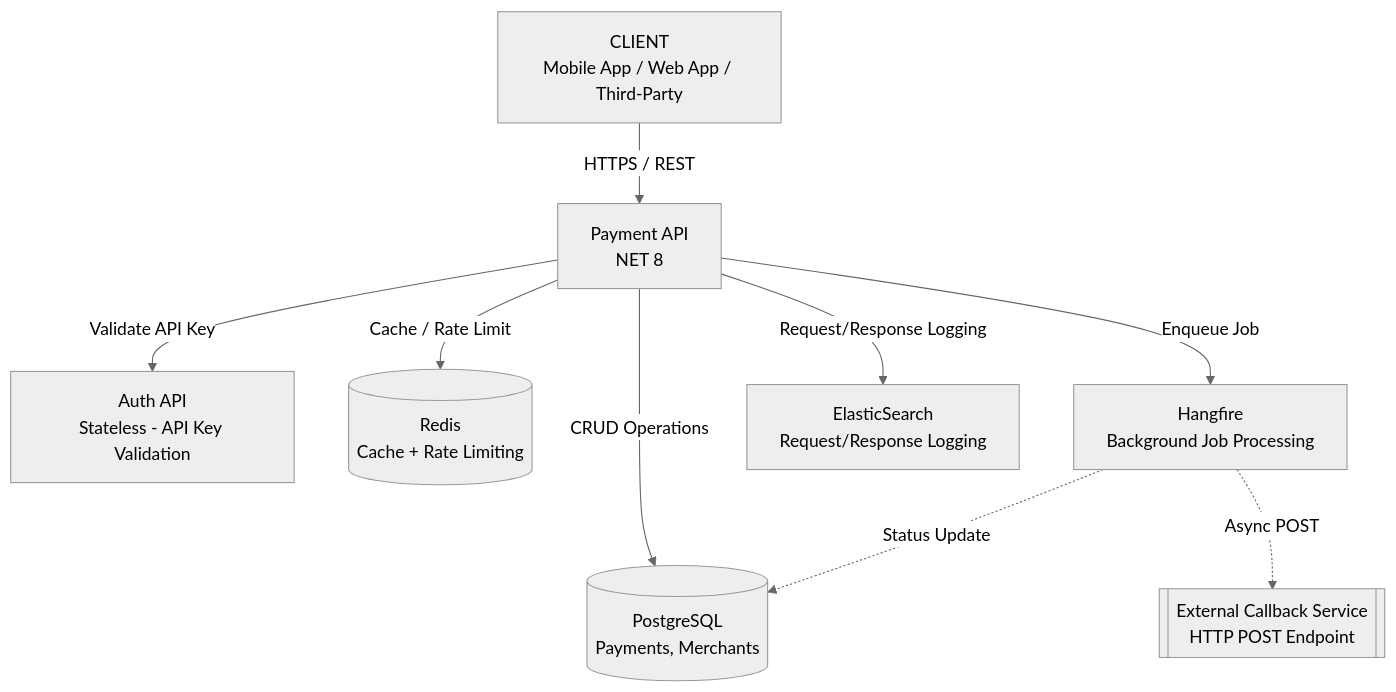
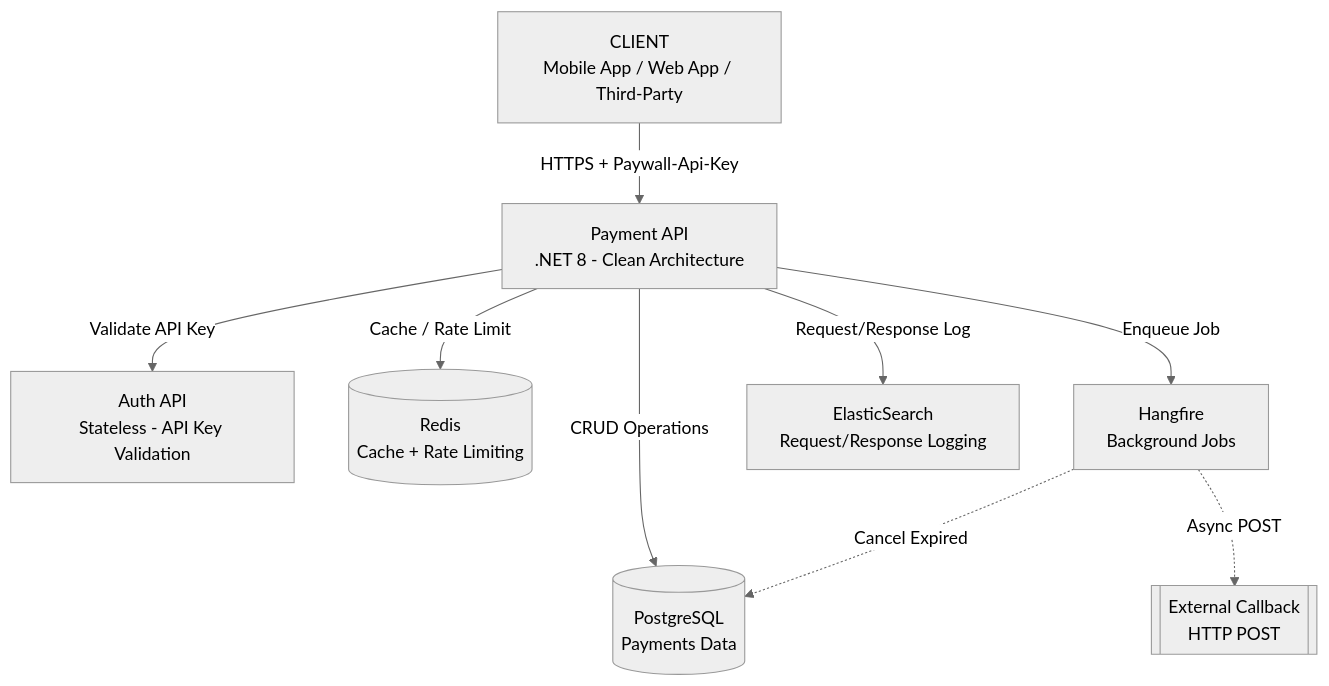
Before and after one commit to hsyndnc/Read.me-Ornek: the first of 4 diagrams in README.md, drawn with Mermaid (neutral theme). The commit also changed other lines of this file, not shown here.

First line of the commit message:
Revise README with API endpoints and architecture details

````diff
--- a/README.md
+++ b/README.md
@@ -153,25 +140,22 @@
 ```mermaid
-
 flowchart TB
-
     Client[CLIENT<br/>Mobile App / Web App / Third-Party]
 
-    PaymentAPI["Payment API<br/>NET 8"]
+    PaymentAPI["Payment API<br/>.NET 8 - Clean Architecture"]
     AuthAPI["Auth API<br/>Stateless - API Key Validation"]
 
     Redis[(Redis<br/>Cache + Rate Limiting)]
-    PostgreSQL[(PostgreSQL<br/>Payments, Merchants)]
-    Hangfire["Hangfire<br/>Background Job Processing"]
+    PostgreSQL[(PostgreSQL<br/>Payments Data)]
+    Hangfire["Hangfire<br/>Background Jobs"]
     Elastic["ElasticSearch<br/>Request/Response Logging"]
-    Callback[[External Callback Service<br/>HTTP POST Endpoint]]
+    Callback[[External Callback<br/>HTTP POST]]
 
-    Client -->|HTTPS / REST| PaymentAPI
+    Client -->|HTTPS + Paywall-Api-Key| PaymentAPI
     PaymentAPI -->|Validate API Key| AuthAPI
     PaymentAPI -->|Cache / Rate Limit| Redis
     PaymentAPI -->|CRUD Operations| PostgreSQL
     PaymentAPI -->|Enqueue Job| Hangfire
     Hangfire -.->|Async POST| Callback
-    Hangfire -.->|Status Update| PostgreSQL
-    PaymentAPI -->|Request/Response Logging| Elastic
-
+    Hangfire -.->|Cancel Expired| PostgreSQL
+    PaymentAPI -->|Request/Response Log| Elastic
 ```
````
